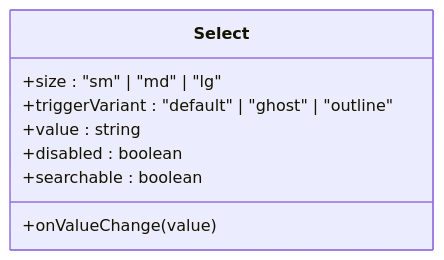
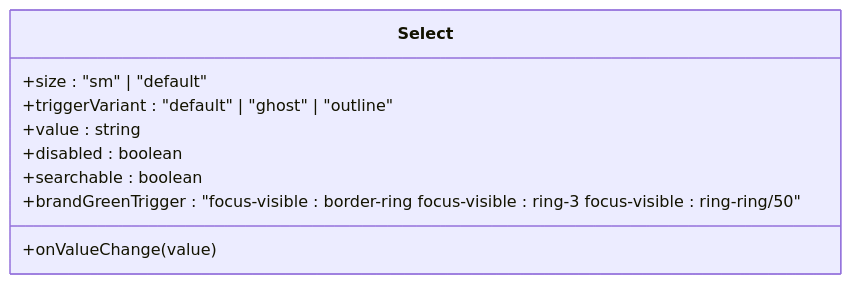
Before and after one commit to userisaziz/samaa-ai: the fifth of 18 diagrams in .qoder/repowiki/en/content/Frontend Application/UI Component Library & Design System.md, drawn with Mermaid. The commit also changed other lines of this file and 108 other files, not shown here.

````diff
--- a/.qoder/repowiki/en/content/Frontend Application/UI Component Library & Design System.md
+++ b/.qoder/repowiki/en/content/Frontend Application/UI Component Library & Design System.md
@@ -287,11 +505,12 @@
 ```mermaid
 classDiagram
 class Select {
-+size : "sm" | "md" | "lg"
++size : "sm" | "default"
 +triggerVariant : "default" | "ghost" | "outline"
 +value : string
 +onValueChange(value)
 +disabled : boolean
 +searchable : boolean
++brandGreenTrigger : "focus-visible : border-ring focus-visible : ring-3 focus-visible : ring-ring/50"
 }
 ```
````
